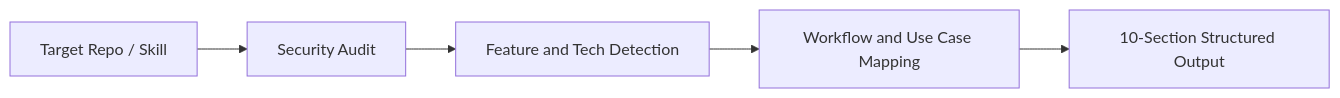
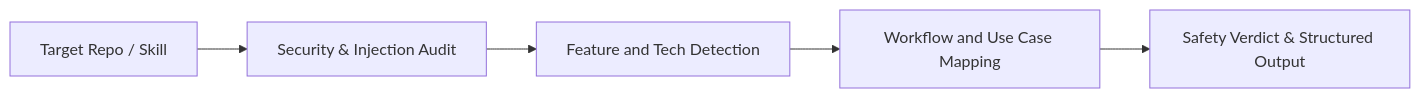
The diagram in README.md (seanpaulforonda/github-repo-explainer), drawn with Mermaid before and after one commit. The commit also changed other lines of this file and 1 other file, not shown here.

Commit message:
Add installation safety verdicts, prompt injection checks, and destructive script auditing

````diff
--- a/README.md
+++ b/README.md
@@ -72,7 +73,7 @@
 ```mermaid
 flowchart LR
-    A["Target Repo / Skill"] --> B["Security Audit"]
+    A["Target Repo / Skill"] --> B["Security & Injection Audit"]
     B --> C["Feature and Tech Detection"]
     C --> D["Workflow and Use Case Mapping"]
-    D --> E["10-Section Structured Output"]
+    D --> E["Safety Verdict & Structured Output"]
 ```
````
